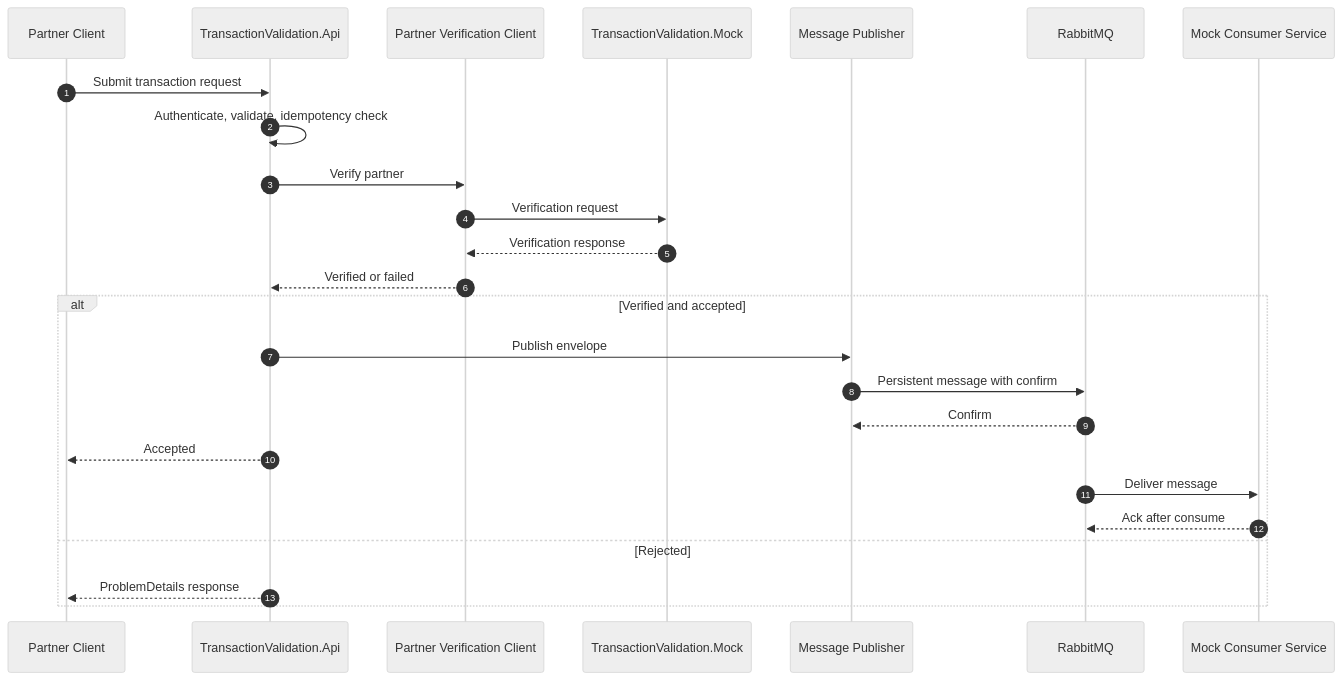
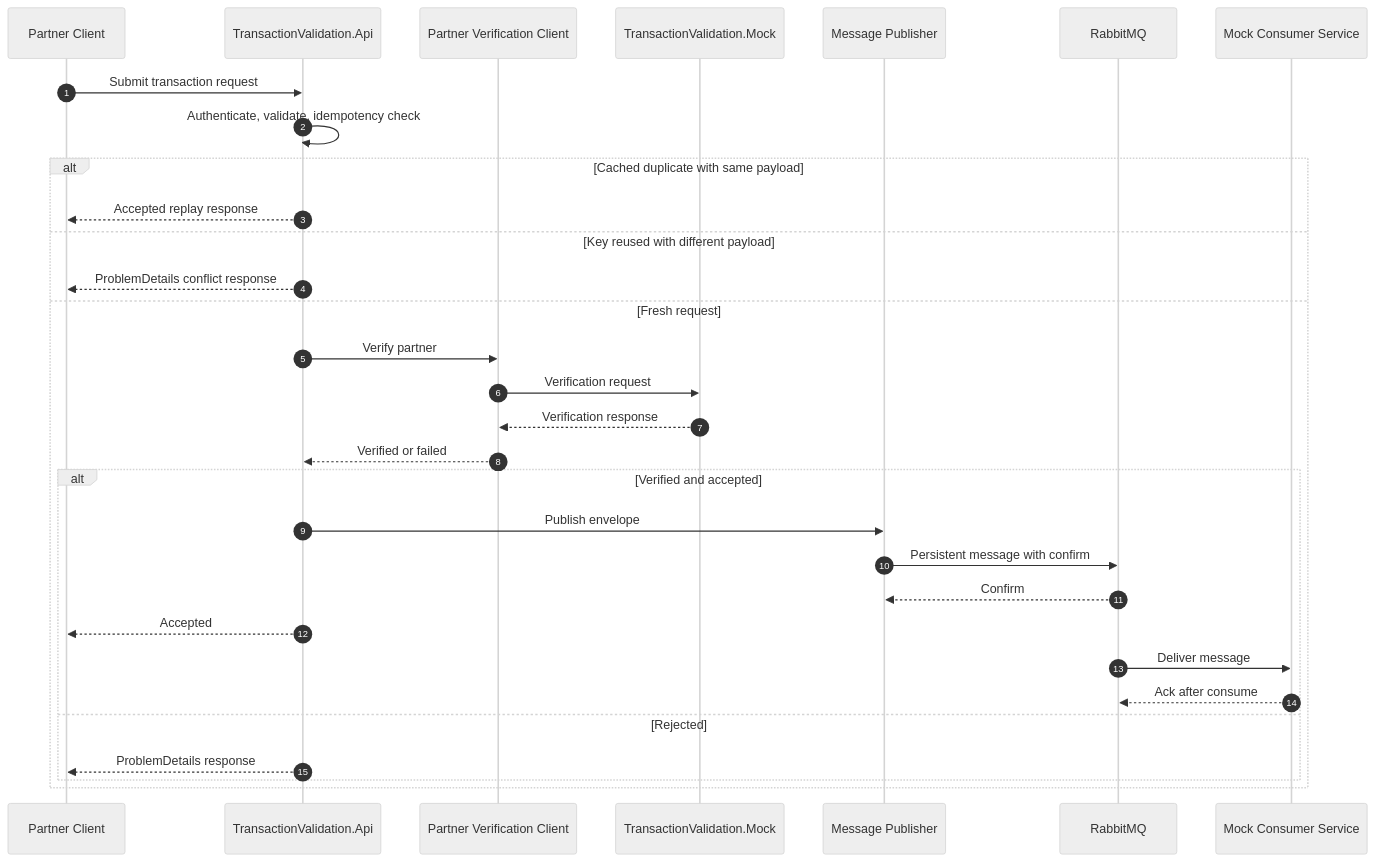
The third of 3 diagrams in docs/architecture_design/Architecture_design.md (haudtech/transaction-validation), drawn with Mermaid (neutral theme) before and after one commit. The commit also changed other lines of this file and 21 other files, not shown here.

````diff
--- a/docs/architecture_design/Architecture_design.md
+++ b/docs/architecture_design/Architecture_design.md
@@ -74,29 +74,36 @@
 ```mermaid
 sequenceDiagram
     autonumber
     participant Client as Partner Client
     participant API as TransactionValidation.Api
     participant Verify as Partner Verification Client
     participant Mock as TransactionValidation.Mock
     participant Publish as Message Publisher
     participant MQ as RabbitMQ
     participant Consumer as Mock Consumer Service
 
     Client->>API: Submit transaction request
     API->>API: Authenticate, validate, idempotency check
-    API->>Verify: Verify partner
-    Verify->>Mock: Verification request
-    Mock-->>Verify: Verification response
-    Verify-->>API: Verified or failed
 
-    alt Verified and accepted
-        API->>Publish: Publish envelope
-        Publish->>MQ: Persistent message with confirm
-        MQ-->>Publish: Confirm
-        API-->>Client: Accepted
-        MQ->>Consumer: Deliver message
-        Consumer-->>MQ: Ack after consume
-    else Rejected
-        API-->>Client: ProblemDetails response
+    alt Cached duplicate with same payload
+        API-->>Client: Accepted replay response
+    else Key reused with different payload
+        API-->>Client: ProblemDetails conflict response
+    else Fresh request
+        API->>Verify: Verify partner
+        Verify->>Mock: Verification request
+        Mock-->>Verify: Verification response
+        Verify-->>API: Verified or failed
+
+        alt Verified and accepted
+            API->>Publish: Publish envelope
+            Publish->>MQ: Persistent message with confirm
+            MQ-->>Publish: Confirm
+            API-->>Client: Accepted
+            MQ->>Consumer: Deliver message
+            Consumer-->>MQ: Ack after consume
+        else Rejected
+            API-->>Client: ProblemDetails response
+        end
     end
 ```
````
